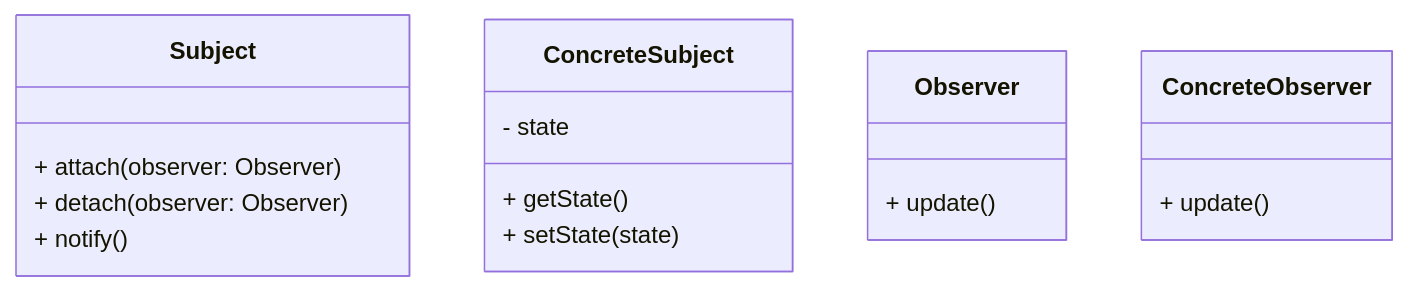
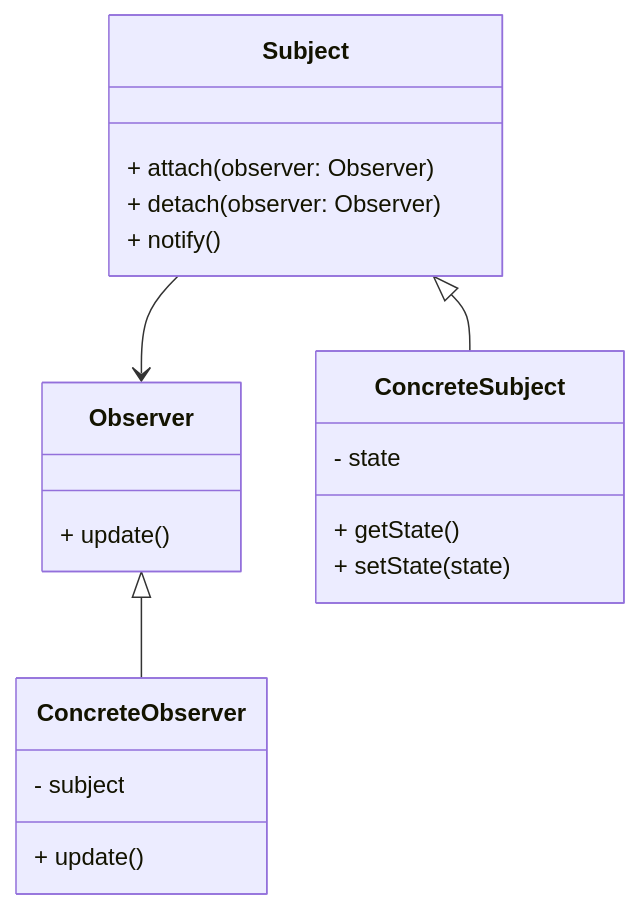
The diagram in md/design_pattern_Observer.md (skynoid2612/design-patterns-for-clean-architecture), drawn with Mermaid before and after one commit. The commit also changed other lines of this file and 23 other files, not shown here.

````diff
--- a/md/design_pattern_Observer.md
+++ b/md/design_pattern_Observer.md
@@ -37,19 +41,27 @@
 ```mermaid
 classDiagram
   class Subject {
     + attach(observer: Observer)
     + detach(observer: Observer)
     + notify()
   }
+
+  class Observer {
+    + update()
+  }
+
   class ConcreteSubject {
     - state
     + getState()
     + setState(state)
   }
-  class Observer {
+
+  class ConcreteObserver {
+    - subject
     + update()
   }
-  class ConcreteObserver {
-    + update()
-  }
+
+  Subject <|-- ConcreteSubject
+  Observer <|-- ConcreteObserver
+  Subject --> Observer
 ```
````
